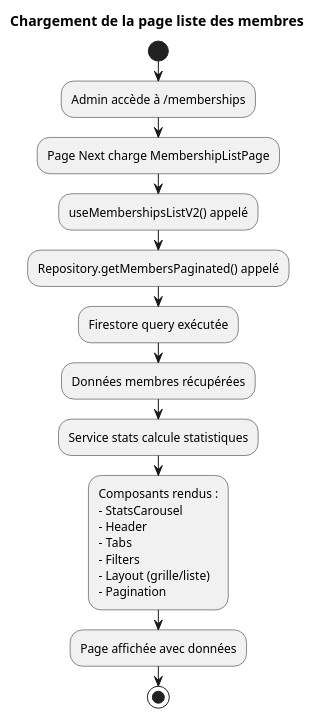
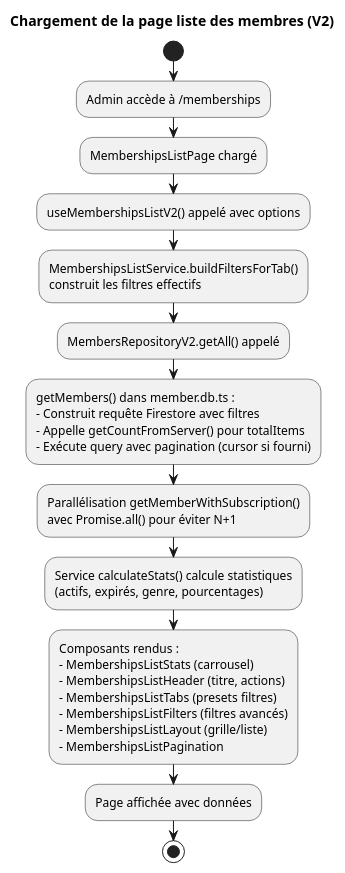
Before and after one commit to GlennEriss/kara-client-front: the diagram in documentation/memberships/V2/liste-memberships/activite/main.puml, drawn with PlantUML. The commit also changed 86 other files, not shown here.

```diff
--- a/documentation/memberships/V2/liste-memberships/activite/main.puml
+++ b/documentation/memberships/V2/liste-memberships/activite/main.puml
@@ -1,32 +1,40 @@
-@startuml Liste des membres - Flux principal
-title Chargement de la page liste des membres
+@startuml Liste des membres - Flux principal (V2)
+title Chargement de la page liste des membres (V2)
 
 start
 
 :Admin accède à /memberships;
 
-:Page Next charge MembershipListPage;
+:MembershipsListPage chargé;
 
-:useMembershipsListV2() appelé;
+:useMembershipsListV2() appelé avec options;
 
-:Repository.getMembersPaginated() appelé;
+:MembershipsListService.buildFiltersForTab()
+construit les filtres effectifs;
 
-:Firestore query exécutée;
+:MembersRepositoryV2.getAll() appelé;
 
-:Données membres récupérées;
+:getMembers() dans member.db.ts :
+- Construit requête Firestore avec filtres
+- Appelle getCountFromServer() pour totalItems
+- Exécute query avec pagination (cursor si fourni);
 
-:Service stats calcule statistiques;
+:Parallélisation getMemberWithSubscription()
+avec Promise.all() pour éviter N+1;
+
+:Service calculateStats() calcule statistiques
+(actifs, expirés, genre, pourcentages);
 
 :Composants rendus :
-- StatsCarousel
-- Header
-- Tabs
-- Filters
-- Layout (grille/liste)
-- Pagination;
+- MembershipsListStats (carrousel)
+- MembershipsListHeader (titre, actions)
+- MembershipsListTabs (presets filtres)
+- MembershipsListFilters (filtres avancés)
+- MembershipsListLayout (grille/liste)
+- MembershipsListPagination;
 
 :Page affichée avec données;
 
 stop
 
 @enduml
```
